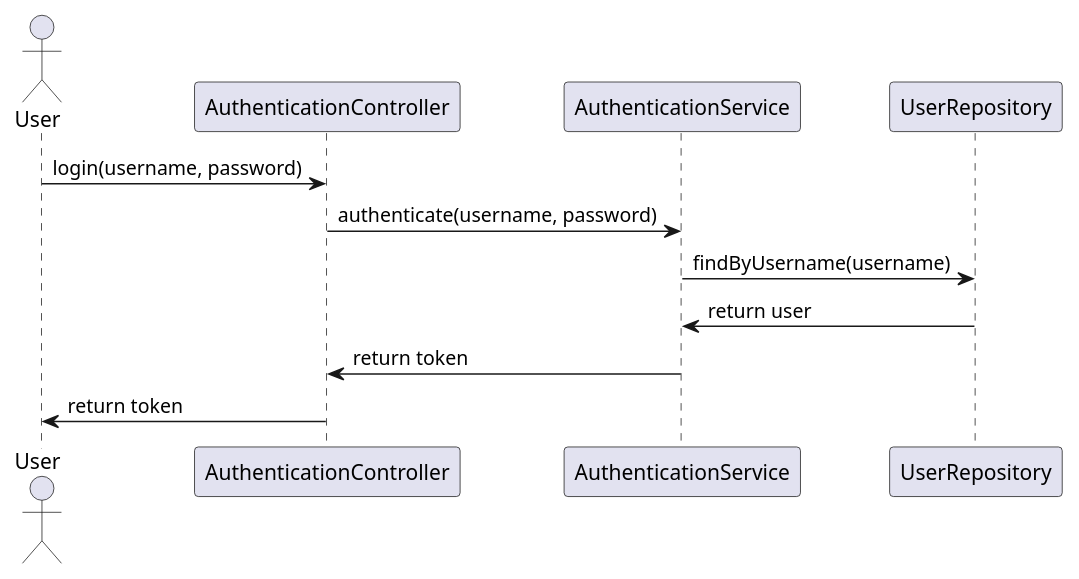
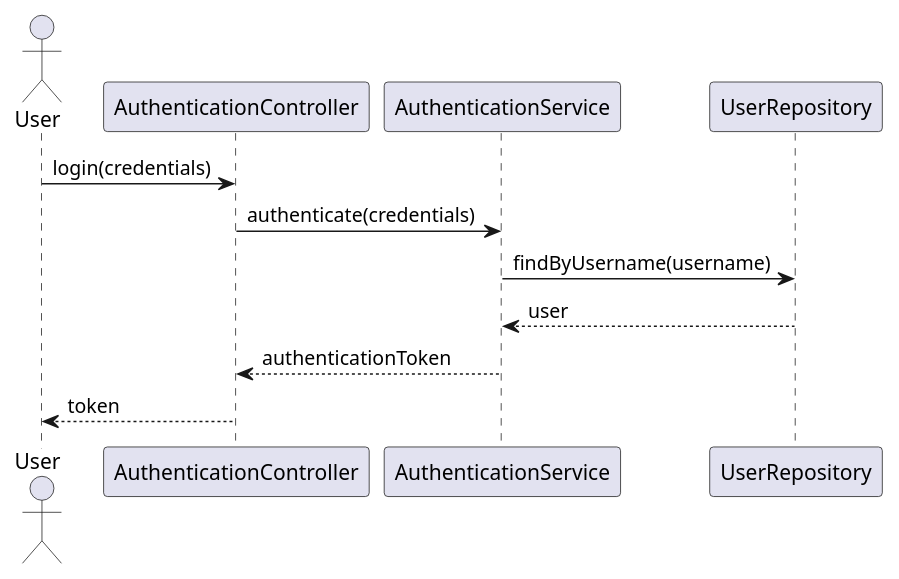
Before and after one commit to Dinesh-s95/AutoDoc.ai: the second of 4 diagrams in enrollment/documentation/detaileddesign.adoc, drawn with PlantUML. The commit also changed other lines of this file and 4 other files, not shown here.

```diff
--- a/enrollment/documentation/detaileddesign.adoc
+++ b/enrollment/documentation/detaileddesign.adoc
@@ -200,16 +201,16 @@
 [plantuml, authentication-sequence, png]
 ----
 @startuml
 actor User
-participant "AuthenticationController" as AuthController
-participant "AuthenticationService" as AuthService
-participant "UserRepository" as UserRepo
+participant "AuthenticationController" as AC
+participant "AuthenticationService" as AS
+participant "UserRepository" as UR
 
-User -> AuthController : login(username, password)
-AuthController -> AuthService : authenticate(username, password)
-AuthService -> UserRepo : findByUsername(username)
-UserRepo -> AuthService : return user
-AuthService -> AuthController : return token
-AuthController -> User : return token
+User -> AC : login(credentials)
+AC -> AS : authenticate(credentials)
+AS -> UR : findByUsername(username)
+UR --> AS : user
+AS --> AC : authenticationToken
+AC --> User : token
 @enduml
 ----
```
